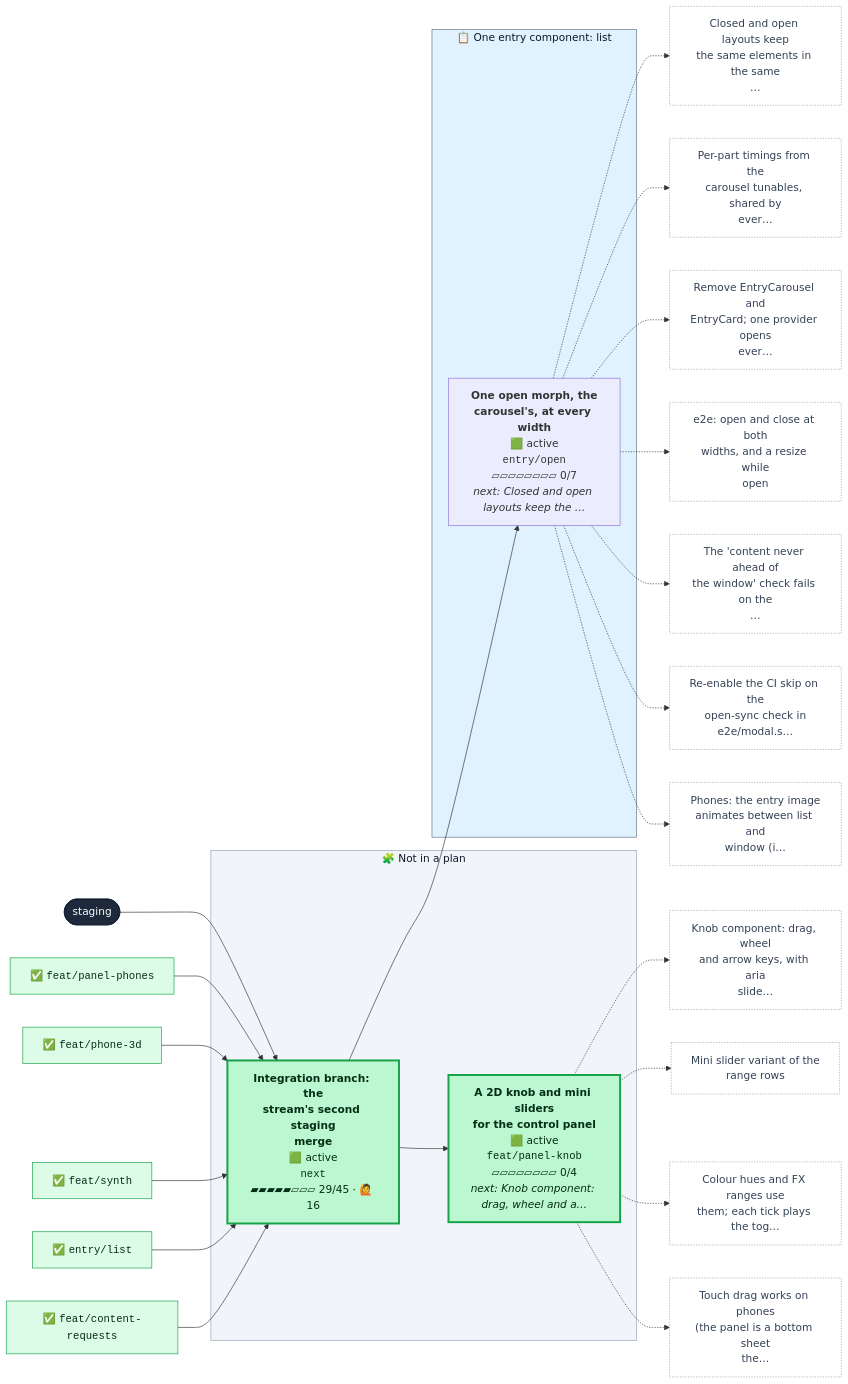
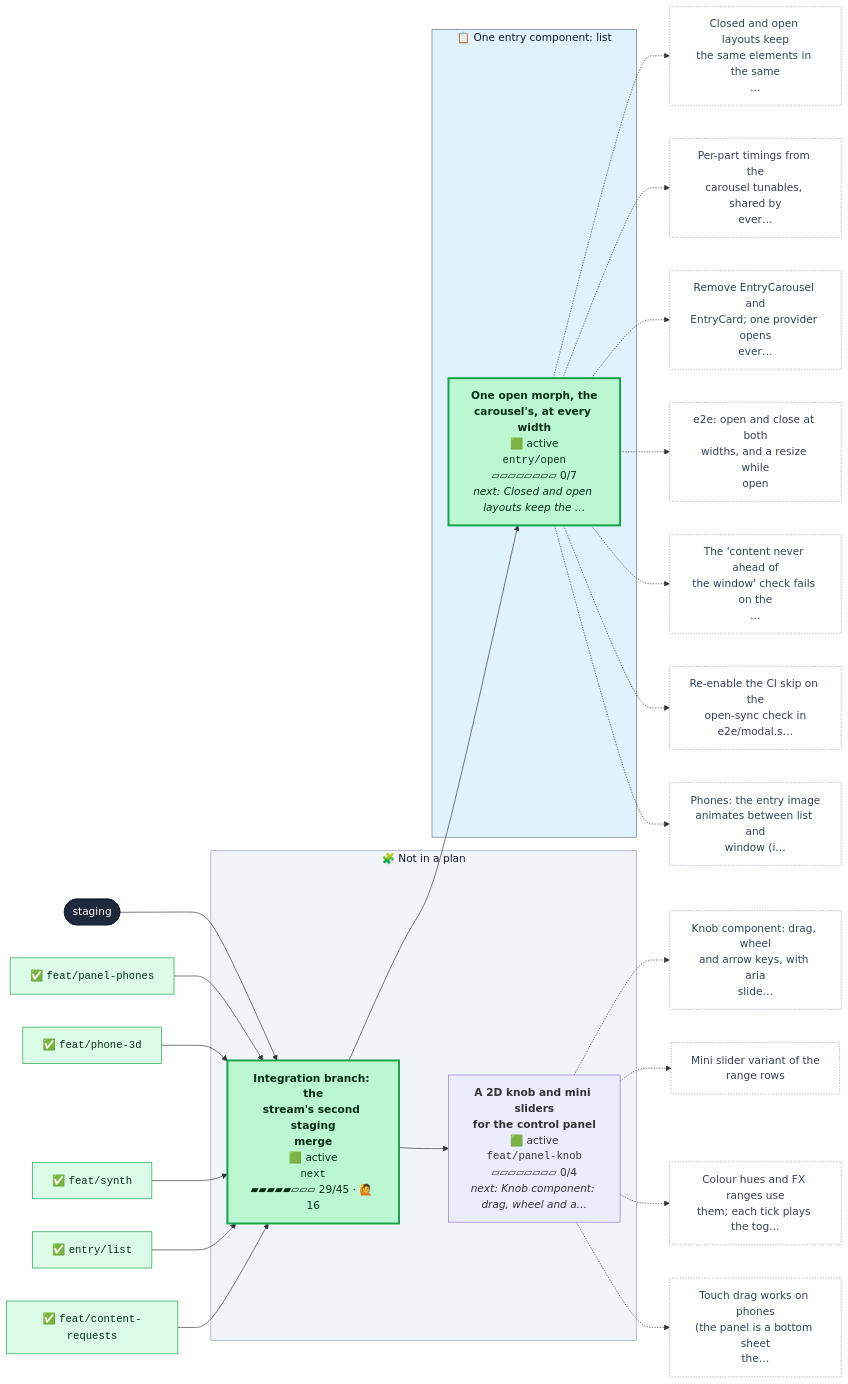
One commit to henryjonescodes/portfolio changed the first of 2 diagrams in CONTRIBUTING.md. Above: the diagram before and after it, drawn with Mermaid. The commit also changed other lines of this file and 1 other file, not shown here.

````diff
--- a/CONTRIBUTING.md
+++ b/CONTRIBUTING.md
@@ -16,77 +16,77 @@
 ```mermaid
 flowchart LR
   n_staging([staging])
   class n_staging trunk
   subgraph plan_0["📋 One entry component: list"]
     n_entry_open["<b>One open morph, the<br/>carousel's, at every width</b><br/>🟩 active<br/><code>entry/open</code><br/>▱▱▱▱▱▱▱▱ 0/7<br/><i>next: Closed and open layouts keep the …</i>"]
-    class n_entry_open active,current
+    class n_entry_open active
   end
   style plan_0 fill:#e0f2fe,stroke:#64748b,color:#0f172a
   subgraph loose["🧩 Not in a plan"]
     n_feat_panel_knob["<b>A 2D knob and mini sliders<br/>for the control panel</b><br/>🟩 active<br/><code>feat/panel-knob</code><br/>▱▱▱▱▱▱▱▱ 0/4<br/><i>next: Knob component: drag, wheel and a…</i>"]
-    class n_feat_panel_knob active
+    class n_feat_panel_knob active,current
     n_next["<b>Integration branch: the<br/>stream's second staging<br/>merge</b><br/>🟩 active<br/><code>next</code><br/>▰▰▰▰▰▱▱▱ 29/45 · 🙋 16"]
     class n_next active
   end
   style loose fill:#f1f5f9,stroke:#94a3b8,color:#0f172a
   n_next --> n_entry_open
   n_next --> n_feat_panel_knob
   n_staging --> n_next
   n_entry_open_t0["Closed and open layouts keep<br/>the same elements in the same<br/>…"]
   class n_entry_open_t0 todo
   n_entry_open -.-> n_entry_open_t0
   n_entry_open_t1["Per-part timings from the<br/>carousel tunables, shared by<br/>ever…"]
   class n_entry_open_t1 todo
   n_entry_open -.-> n_entry_open_t1
   n_entry_open_t2["Remove EntryCarousel and<br/>EntryCard; one provider opens<br/>ever…"]
   class n_entry_open_t2 todo
   n_entry_open -.-> n_entry_open_t2
   n_entry_open_t3["e2e: open and close at both<br/>widths, and a resize while<br/>open"]
   class n_entry_open_t3 todo
   n_entry_open -.-> n_entry_open_t3
   n_entry_open_t4["The 'content never ahead of<br/>the window' check fails on the<br/>…"]
   class n_entry_open_t4 todo
   n_entry_open -.-> n_entry_open_t4
   n_entry_open_t5["Re-enable the CI skip on the<br/>open-sync check in<br/>e2e/modal.s…"]
   class n_entry_open_t5 todo
   n_entry_open -.-> n_entry_open_t5
   n_entry_open_t6["Phones: the entry image<br/>animates between list and<br/>window (i…"]
   class n_entry_open_t6 todo
   n_entry_open -.-> n_entry_open_t6
   n_feat_panel_knob_t0["Knob component: drag, wheel<br/>and arrow keys, with aria<br/>slide…"]
   class n_feat_panel_knob_t0 todo
   n_feat_panel_knob -.-> n_feat_panel_knob_t0
   n_feat_panel_knob_t1["Mini slider variant of the<br/>range rows"]
   class n_feat_panel_knob_t1 todo
   n_feat_panel_knob -.-> n_feat_panel_knob_t1
   n_feat_panel_knob_t2["Colour hues and FX ranges use<br/>them; each tick plays the tog…"]
   class n_feat_panel_knob_t2 todo
   n_feat_panel_knob -.-> n_feat_panel_knob_t2
   n_feat_panel_knob_t3["Touch drag works on phones<br/>(the panel is a bottom sheet<br/>the…"]
   class n_feat_panel_knob_t3 todo
   n_feat_panel_knob -.-> n_feat_panel_knob_t3
   n_next_m0["✅ <code>feat/panel-phones</code>"]
   class n_next_m0 merged
   n_next_m0 --> n_next
   n_next_m1["✅ <code>feat/phone-3d</code>"]
   class n_next_m1 merged
   n_next_m1 --> n_next
   n_next_m2["✅ <code>feat/synth</code>"]
   class n_next_m2 merged
   n_next_m2 --> n_next
   n_next_m3["✅ <code>entry/list</code>"]
   class n_next_m3 merged
   n_next_m3 --> n_next
   n_next_m4["✅ <code>feat/content-requests</code>"]
   class n_next_m4 merged
   n_next_m4 --> n_next
   classDef merged fill:#dcfce7,stroke:#16a34a,color:#052e16
   classDef todo fill:#ffffff,stroke:#94a3b8,stroke-dasharray:2 2,color:#334155
   classDef planned fill:#c7d2fe,stroke:#4f46e5,color:#1e1b4b
   classDef sketched fill:#f8fafc,stroke:#64748b,stroke-dasharray:4 3,color:#334155
   classDef active fill:#bbf7d0,stroke:#16a34a,stroke-width:3px,color:#052e16
   classDef review fill:#fde68a,stroke:#d97706,stroke-width:3px,color:#451a03
   classDef blocked fill:#fecaca,stroke:#dc2626,stroke-width:3px,color:#450a0a
   classDef trunk fill:#1e293b,stroke:#0f172a,color:#f8fafc
   classDef current stroke:#0ea5e9,stroke-width:5px
 ```
````
